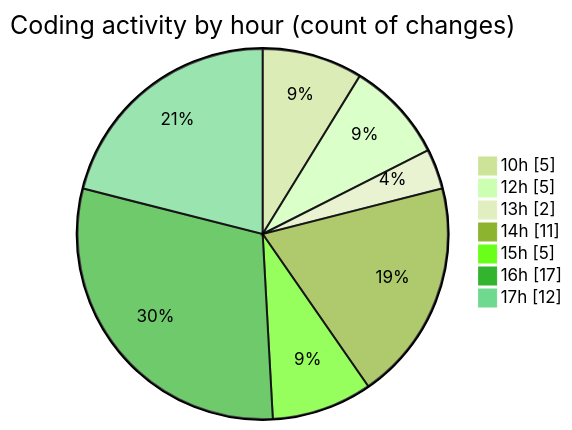
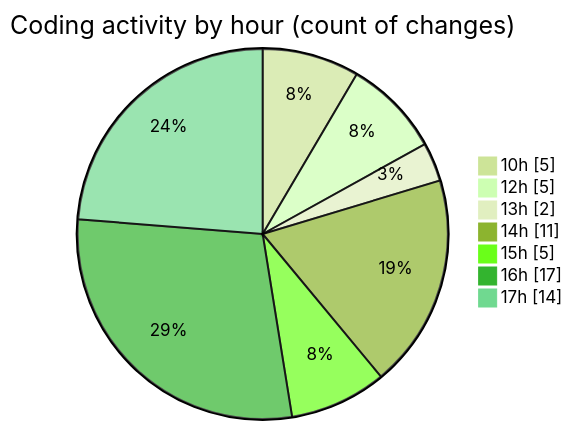
The second of 2 diagrams in 2025-07-07/urlwebwala_intership_work/README.md (Ritupan-Deka/code-tracking), drawn with Mermaid (forest theme) before and after one commit. The commit also changed other lines of this file and 1 other file, not shown here.

````diff
--- a/2025-07-07/urlwebwala_intership_work/README.md
+++ b/2025-07-07/urlwebwala_intership_work/README.md
@@ -30,11 +30,11 @@
 ```mermaid
 pie showData
 title Coding activity by hour (count of changes)
 "10h" : 5
 "12h" : 5
 "13h" : 2
 "14h" : 11
 "15h" : 5
 "16h" : 17
-"17h" : 12
+"17h" : 14
 ```
````
